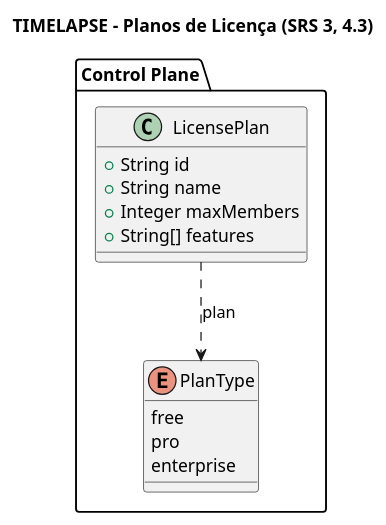
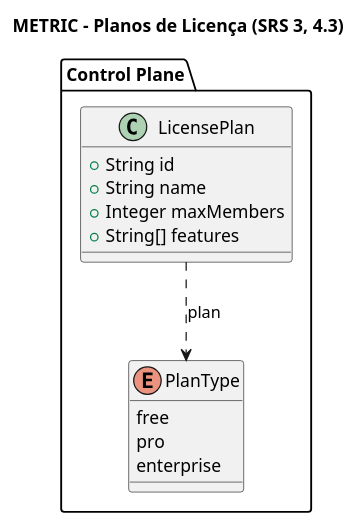
Before and after one commit to Gustavohps10/metric: the diagram in docs/srs/diagrams/puml/classes/diagram-classes-007-license-plan.puml, drawn with PlantUML. The commit also changed 208 other files, not shown here.

Commit message:
chore: rename project from timelapse to metric

```diff
--- a/docs/srs/diagrams/puml/classes/diagram-classes-007-license-plan.puml
+++ b/docs/srs/diagrams/puml/classes/diagram-classes-007-license-plan.puml
@@ -1,18 +1,18 @@
 @startuml ClassLicensePlan
-title TIMELAPSE - Planos de Licença (SRS 3, 4.3)
+title METRIC - Planos de Licença (SRS 3, 4.3)
 package "Control Plane" {
     class LicensePlan {
         +String id
         +String name
         +Integer maxMembers
         +String[] features
     }
     
     enum PlanType {
         free
         pro
         enterprise
     }
 }
 LicensePlan ..> PlanType : plan
 @enduml
```
